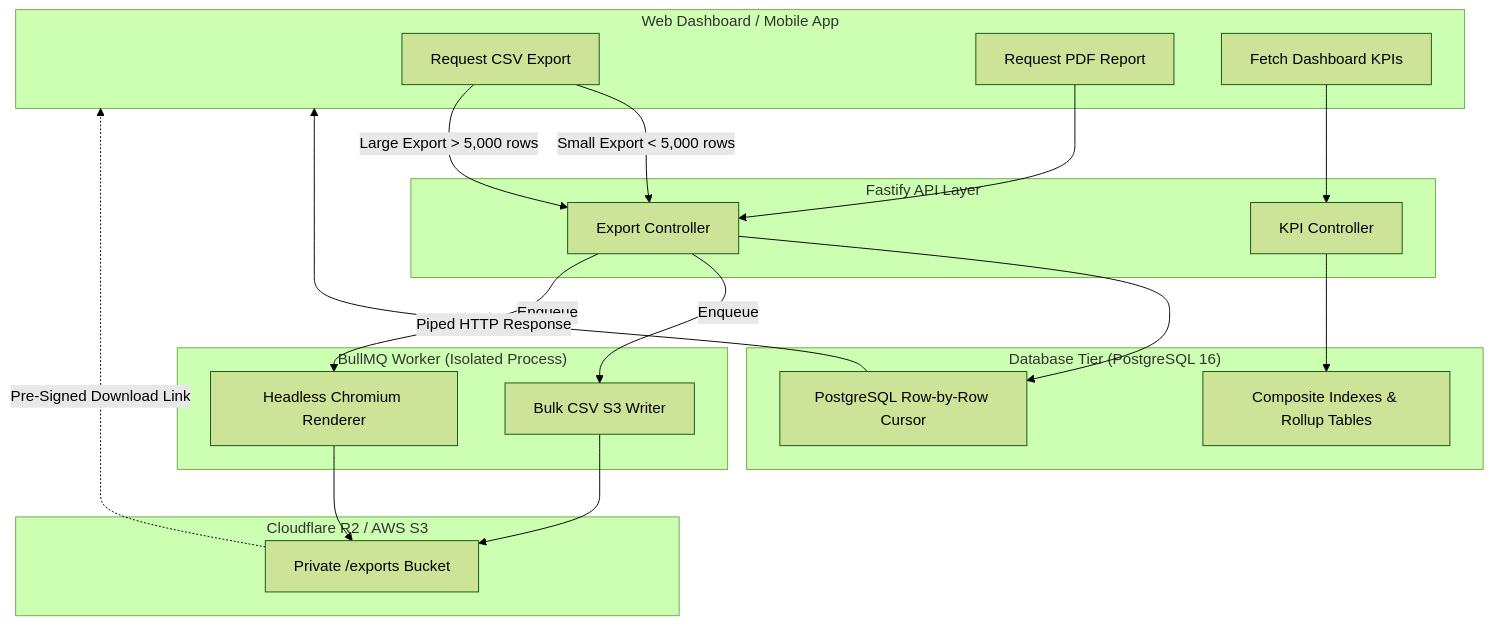
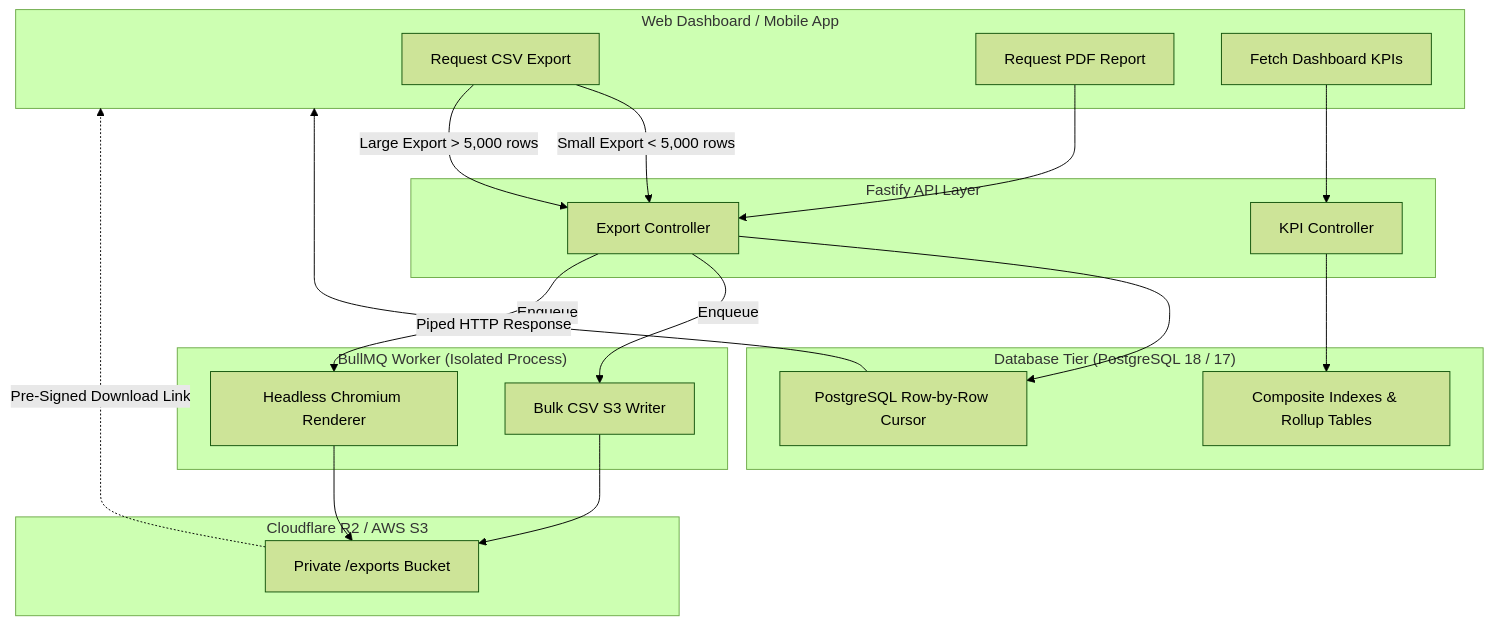
Before and after one commit to djsushilkumar/oprino: the diagram in docs/architecture/ADR-019-reporting.md, drawn with Mermaid (forest theme). The commit also changed other lines of this file and 151 other files, not shown here.

Commit message:
chore: freeze Flutter architecture and Phase 01B baseline

````diff
--- a/docs/architecture/ADR-019-reporting.md
+++ b/docs/architecture/ADR-019-reporting.md
@@ -67,33 +67,33 @@
 ```mermaid
 flowchart TD
     subgraph UI["Web Dashboard / Mobile App"]
         REQ_CSV["Request CSV Export"]
         REQ_PDF["Request PDF Report"]
         REQ_KPI["Fetch Dashboard KPIs"]
     end
 
     subgraph FastifyAPI["Fastify API Layer"]
         CTRL_KPI["KPI Controller"]
         CTRL_EXP["Export Controller"]
     end
 
-    subgraph Data["Database Tier (PostgreSQL 16)"]
+    subgraph Data["Database Tier (PostgreSQL 18 / 17)"]
         IDX["Composite Indexes & Rollup Tables"]
         CUR["PostgreSQL Row-by-Row Cursor"]
     end
 
     subgraph Async["BullMQ Worker (Isolated Process)"]
         PUP["Headless Chromium Renderer"]
         CSV_JOB["Bulk CSV S3 Writer"]
     end
 
     subgraph Storage["Cloudflare R2 / AWS S3"]
         S3_EXP["Private /exports Bucket"]
     end
 
     REQ_KPI --> CTRL_KPI --> IDX
     REQ_CSV -->|Small Export < 5,000 rows| CTRL_EXP --> CUR -->|Piped HTTP Response| UI
     REQ_CSV -->|Large Export > 5,000 rows| CTRL_EXP -->|Enqueue| CSV_JOB --> S3_EXP
     REQ_PDF --> CTRL_EXP -->|Enqueue| PUP --> S3_EXP
     S3_EXP -.->|Pre-Signed Download Link| UI
 ```
````
